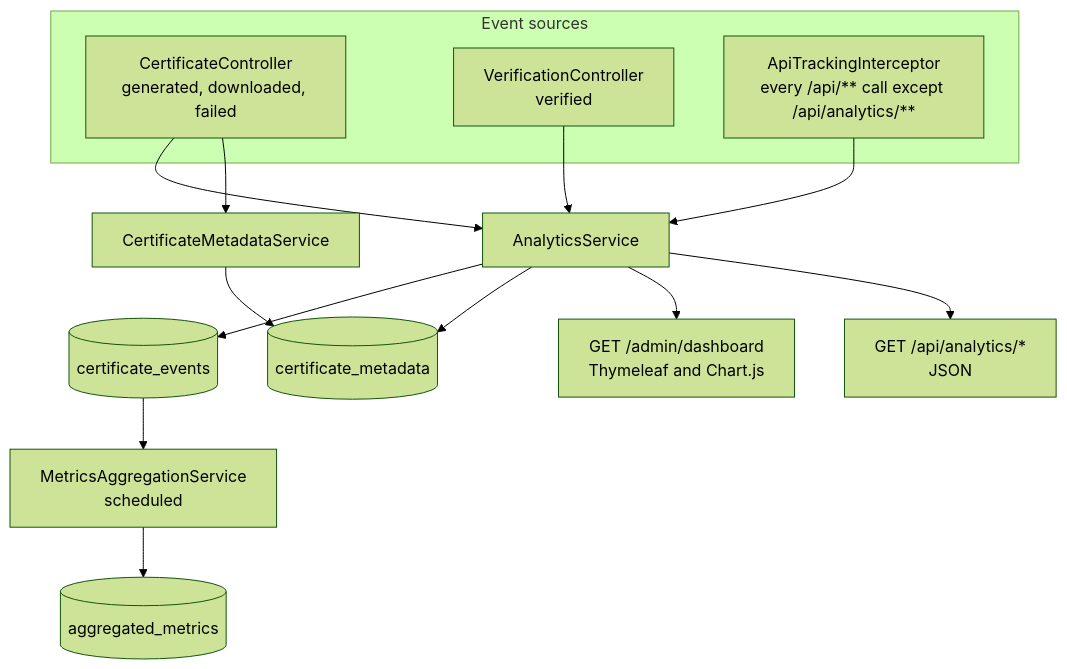
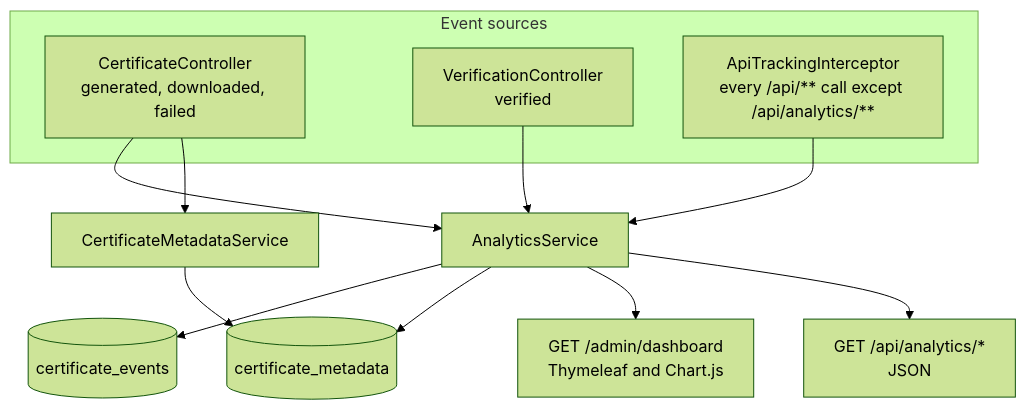
The sixth of 8 diagrams in exercises/java/certificate-service/ARCHITECTURE.md (kousen/claude-code-training), drawn with Mermaid (forest theme) before and after one commit. The commit also changed other lines of this file and 3 other files, not shown here.

````diff
--- a/exercises/java/certificate-service/ARCHITECTURE.md
+++ b/exercises/java/certificate-service/ARCHITECTURE.md
@@ -179,33 +179,29 @@
 ```mermaid
 flowchart TD
     subgraph sources["Event sources"]
         cc["CertificateController<br/>generated, downloaded, failed"]
         vc["VerificationController<br/>verified"]
         ati["ApiTrackingInterceptor<br/>every /api/** call except /api/analytics/**"]
     end
 
     as["AnalyticsService"]
     cms["CertificateMetadataService"]
-    mas["MetricsAggregationService<br/>scheduled"]
 
     events[("certificate_events")]
     metadata[("certificate_metadata")]
-    metrics[("aggregated_metrics")]
 
     dash["GET /admin/dashboard<br/>Thymeleaf and Chart.js"]
     api["GET /api/analytics/*<br/>JSON"]
 
     cc --> as
     vc --> as
     ati --> as
     cc --> cms
 
     as --> events
     as --> metadata
     cms --> metadata
-    events --> mas
-    mas --> metrics
 
     as --> dash
     as --> api
 ```
````
